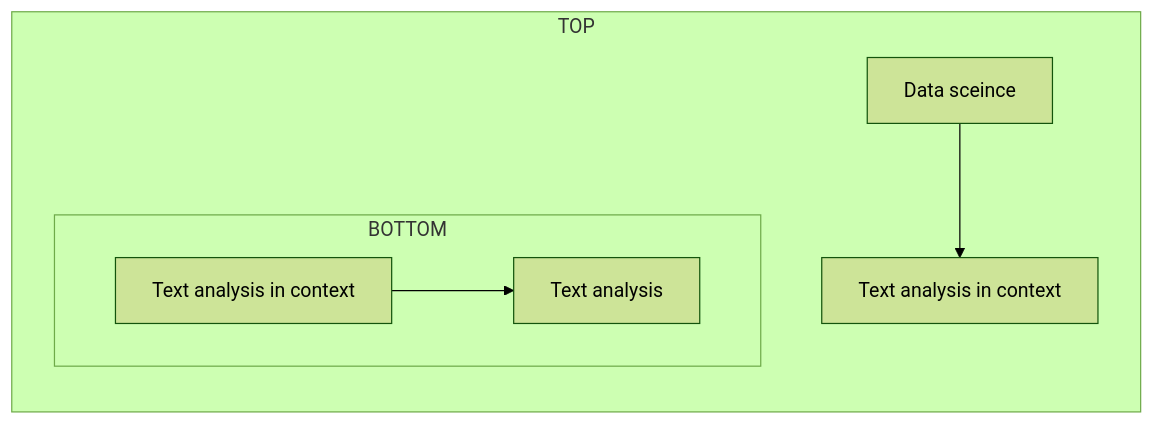
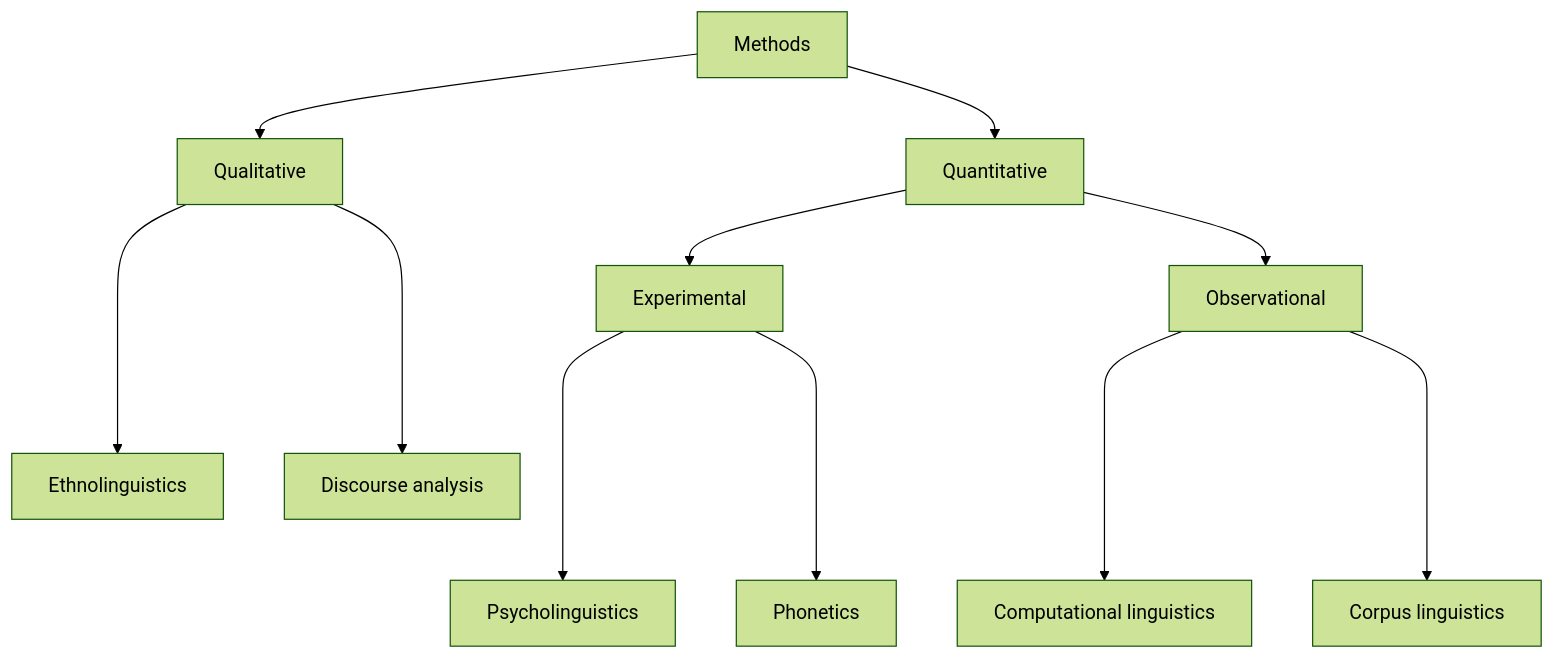
One commit to lin-380-s24/lin-380-s24.github.io changed the third of 3 diagrams in slides/day-03.qmd. Above: the diagram before and after it, drawn with Mermaid (forest theme). The commit also changed other lines of this file and 22 other files, not shown here.

````diff
--- a/slides/day-03.qmd
+++ b/slides/day-03.qmd
@@ -71,11 +155,15 @@
 ```{mermaid}
 %%| echo: false
-
-flowchart LR
-  subgraph TOP
-    A[Data sceince] --> B[Text analysis in context]
-    subgraph BOTTOM
-      C[Text analysis in context] --> D[Text analysis]
-    end
-  end
+%%| fig-width: 100%
+flowchart TB
+  A[Methods] --> B[Qualitative]
+  B ----> B1[Ethnolinguistics]
+  B ----> B2[Discourse analysis]
+  A --> C[Quantitative]
+  C --> D[Experimental]
+  D ----> D1[Psycholinguistics]
+  D ----> D2[Phonetics]
+  C --> E[Observational]
+  E ----> E1[Computational linguistics]
+  E ----> E2[Corpus linguistics]
 ```
````
